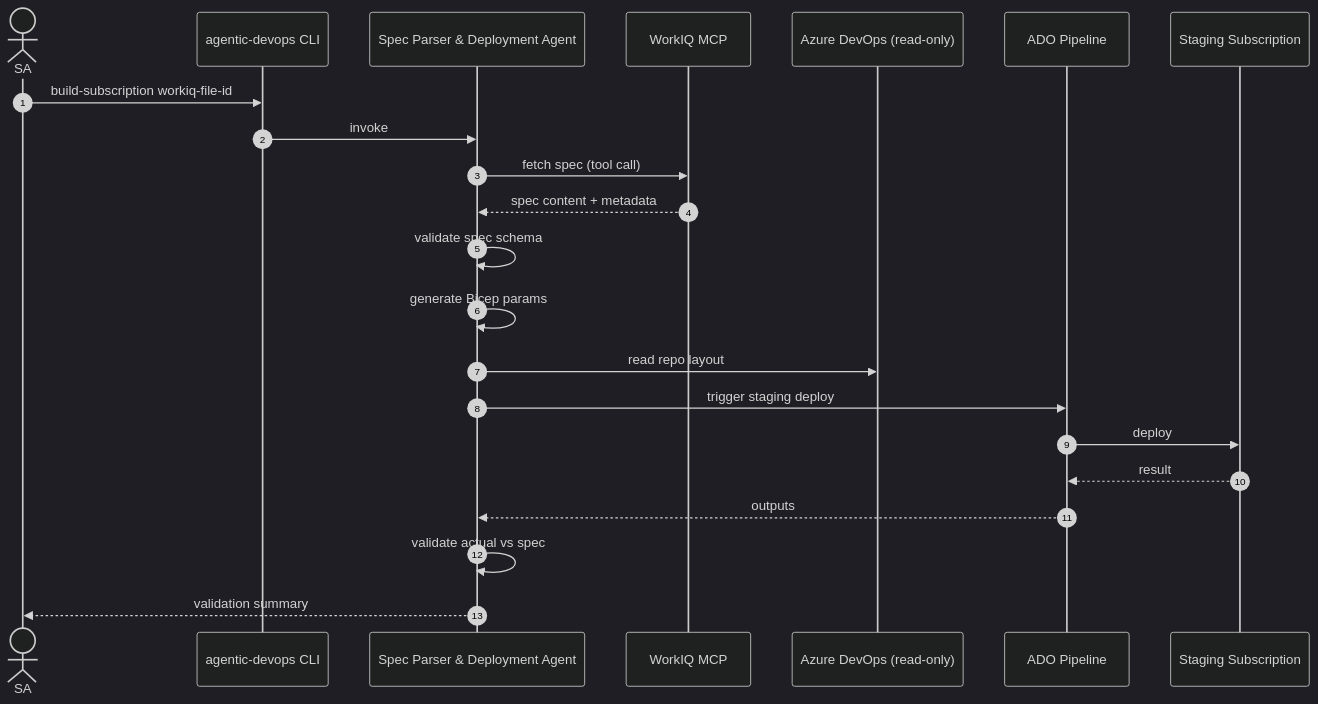
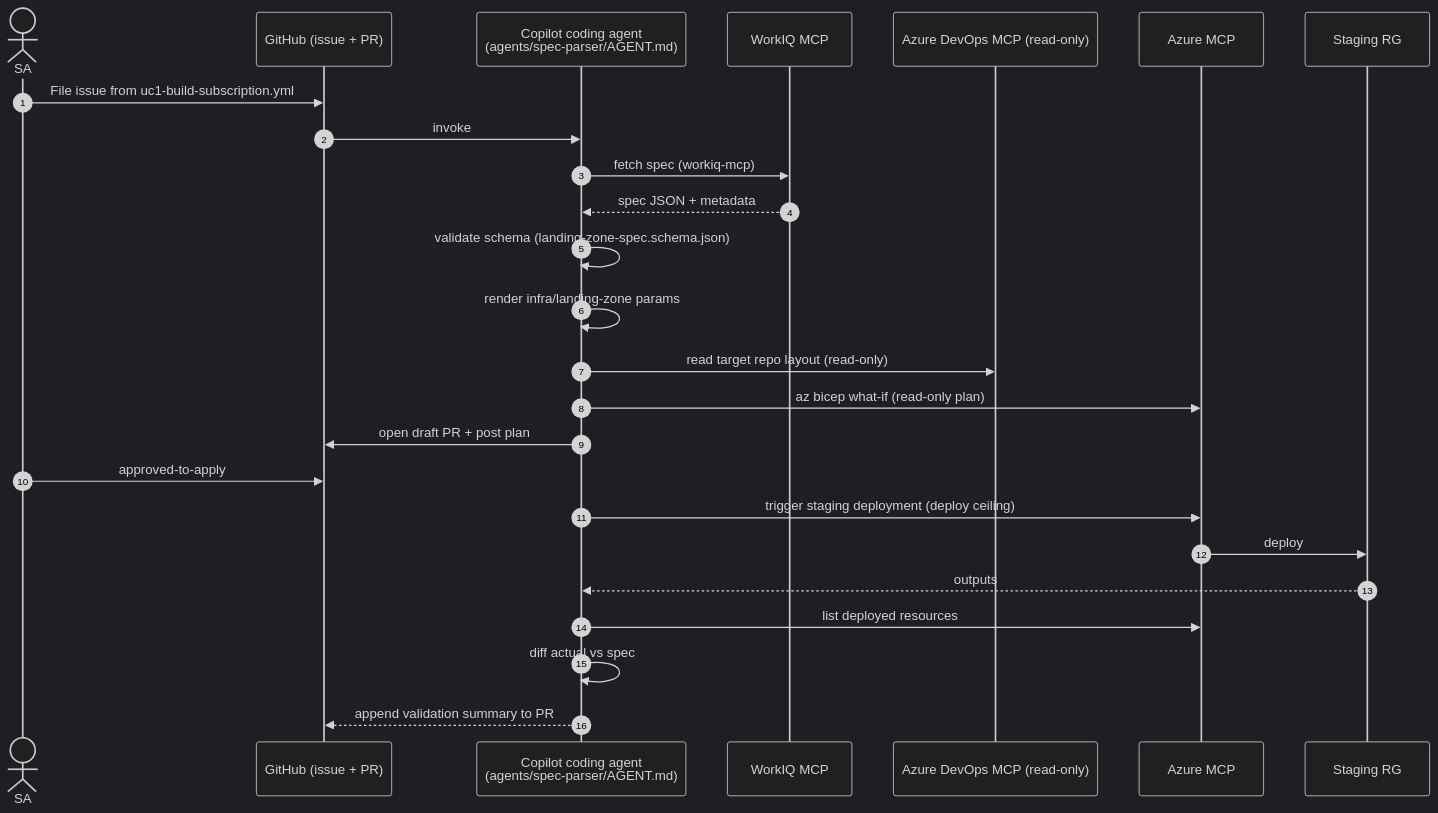
The diagram in sprints/sprint-02-uc1-spec-parser-happy-path.md (urruegg/AgenticDevOpsPlatform), drawn with Mermaid (dark theme) before and after one commit. The commit also changed other lines of this file and 7 other files, not shown here.

````diff
--- a/sprints/sprint-02-uc1-spec-parser-happy-path.md
+++ b/sprints/sprint-02-uc1-spec-parser-happy-path.md
@@ -64,25 +59,28 @@
 ```mermaid
 sequenceDiagram
     autonumber
     actor SA
-    participant CLI as agentic-devops CLI
-    participant Spec as Spec Parser & Deployment Agent
+    participant GH as GitHub (issue + PR)
+    participant Cop as Copilot coding agent<br/>(agents/spec-parser/AGENT.md)
     participant WIQ as WorkIQ MCP
-    participant ADO as Azure DevOps (read-only)
-    participant Pipe as ADO Pipeline
-    participant Stg as Staging Subscription
+    participant ADO as Azure DevOps MCP (read-only)
+    participant Az as Azure MCP
+    participant Stg as Staging RG
 
-    SA->>CLI: build-subscription workiq-file-id
-    CLI->>Spec: invoke
-    Spec->>WIQ: fetch spec (tool call)
-    WIQ-->>Spec: spec content + metadata
-    Spec->>Spec: validate spec schema
-    Spec->>Spec: generate Bicep params
-    Spec->>ADO: read repo layout
-    Spec->>Pipe: trigger staging deploy
-    Pipe->>Stg: deploy
-    Stg-->>Pipe: result
-    Pipe-->>Spec: outputs
-    Spec->>Spec: validate actual vs spec
-    Spec-->>SA: validation summary
+    SA->>GH: File issue from uc1-build-subscription.yml
+    GH->>Cop: invoke
+    Cop->>WIQ: fetch spec (workiq-mcp)
+    WIQ-->>Cop: spec JSON + metadata
+    Cop->>Cop: validate schema (landing-zone-spec.schema.json)
+    Cop->>Cop: render infra/landing-zone params
+    Cop->>ADO: read target repo layout (read-only)
+    Cop->>Az: az bicep what-if (read-only plan)
+    Cop->>GH: open draft PR + post plan
+    SA->>GH: approved-to-apply
+    Cop->>Az: trigger staging deployment (deploy ceiling)
+    Az->>Stg: deploy
+    Stg-->>Cop: outputs
+    Cop->>Az: list deployed resources
+    Cop->>Cop: diff actual vs spec
+    Cop-->>GH: append validation summary to PR
 ```
````
